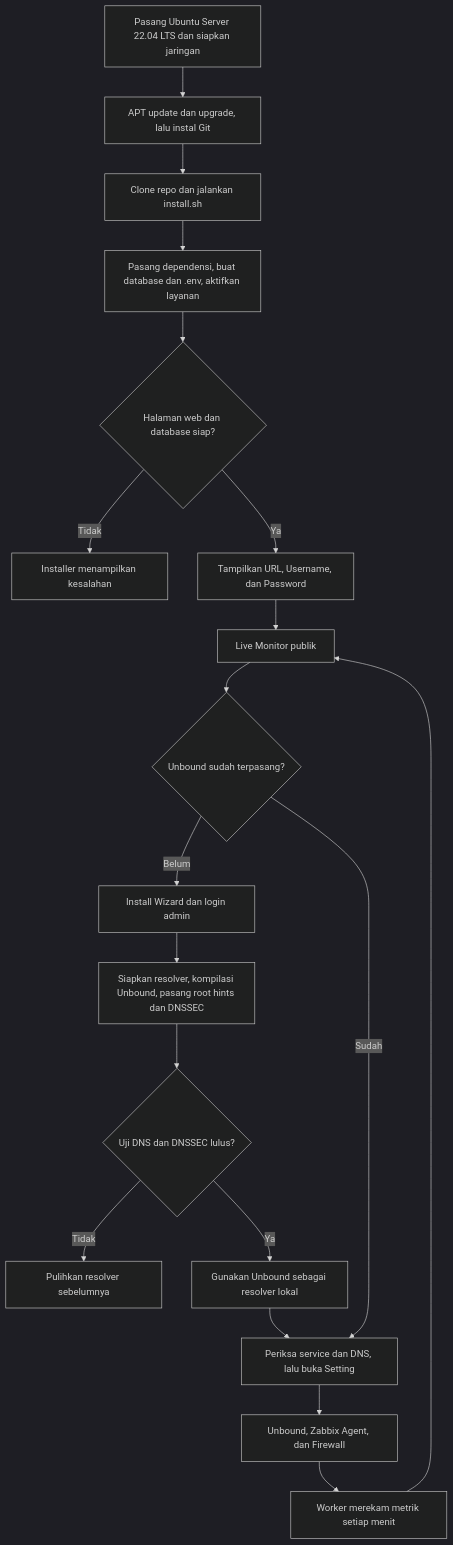
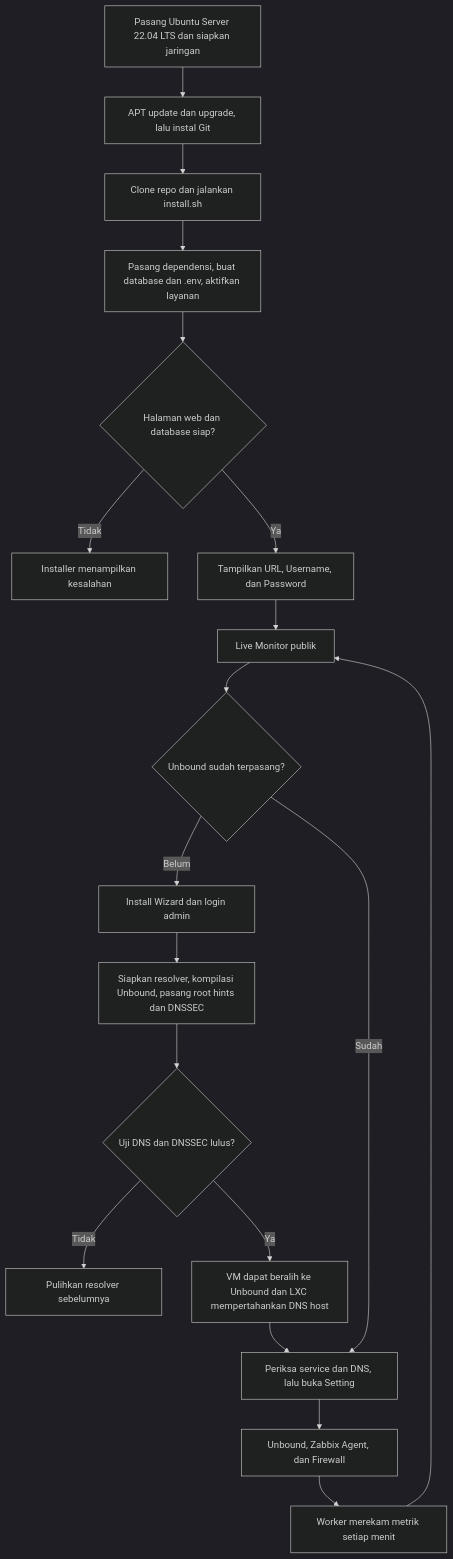
One commit to ekiguistian/Interaktif_Install-Unbound changed the diagram in README.md. Above: the diagram before and after it, drawn with Mermaid (dark theme). The commit also changed other lines of this file and 8 other files, not shown here.

Commit message:
Support host-managed DNS and add Git updates in Settings

````diff
--- a/README.md
+++ b/README.md
@@ -85,21 +87,21 @@
 ```mermaid
 flowchart TD
     A["Pasang Ubuntu Server 22.04 LTS dan siapkan jaringan"] --> B["APT update dan upgrade, lalu instal Git"]
     B --> C["Clone repo dan jalankan install.sh"]
     C --> D["Pasang dependensi, buat database dan .env, aktifkan layanan"]
     D --> E{"Halaman web dan database siap?"}
     E -->|Tidak| F["Installer menampilkan kesalahan"]
     E -->|Ya| G["Tampilkan URL, Username, dan Password"]
     G --> H["Live Monitor publik"]
     H --> I{"Unbound sudah terpasang?"}
     I -->|Belum| J["Install Wizard dan login admin"]
     J --> K["Siapkan resolver, kompilasi Unbound, pasang root hints dan DNSSEC"]
     K --> L{"Uji DNS dan DNSSEC lulus?"}
     L -->|Tidak| M["Pulihkan resolver sebelumnya"]
-    L -->|Ya| N["Gunakan Unbound sebagai resolver lokal"]
+    L -->|Ya| N["VM dapat beralih ke Unbound dan LXC mempertahankan DNS host"]
     N --> O["Periksa service dan DNS, lalu buka Setting"]
     I -->|Sudah| O
     O --> P["Unbound, Zabbix Agent, dan Firewall"]
     P --> Q["Worker merekam metrik setiap menit"]
     Q --> H
 ```
````
